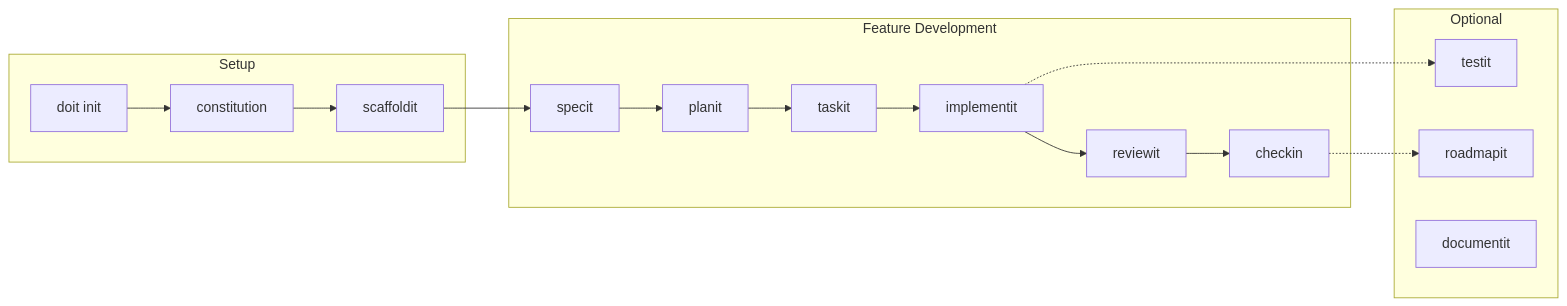
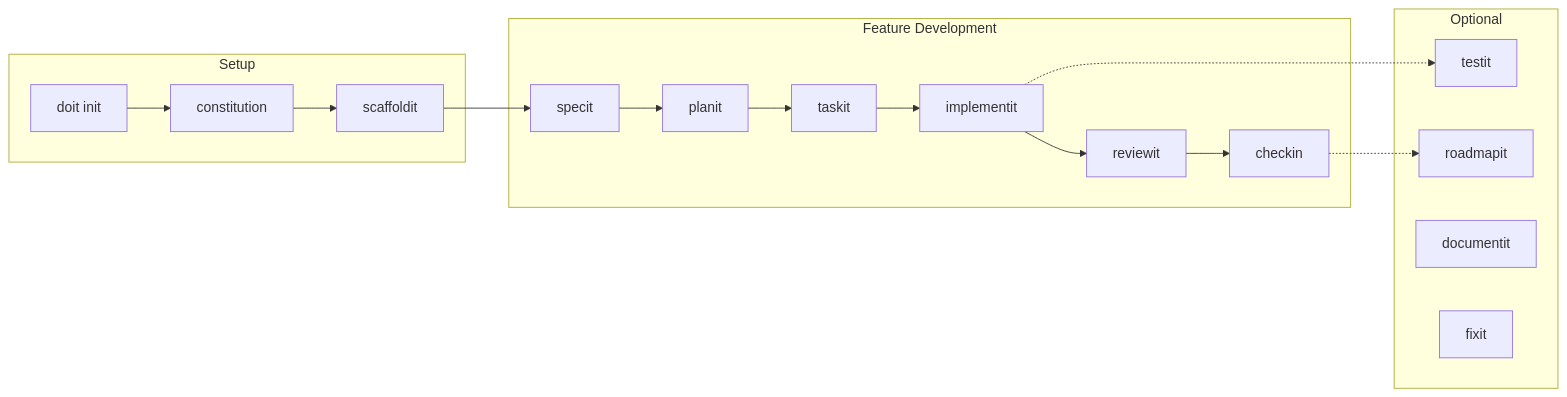
One commit to seanbarlow/doit changed the diagram in docs/tutorials/index.md. Above: the diagram before and after it, drawn with Mermaid. The commit also changed other lines of this file and 3 other files, not shown here.

````diff
--- a/docs/tutorials/index.md
+++ b/docs/tutorials/index.md
@@ -56,25 +57,26 @@
 ```mermaid
 flowchart LR
     subgraph "Setup"
         A["doit init"] --> B["constitution"]
         B --> C["scaffoldit"]
     end
 
     subgraph "Feature Development"
         D["specit"] --> E["planit"]
         E --> F["taskit"]
         F --> G["implementit"]
         G --> H["reviewit"]
         H --> I["checkin"]
     end
 
     subgraph "Optional"
         J["testit"]
         K["roadmapit"]
         L["documentit"]
+        M["fixit"]
     end
 
     C --> D
     G -.-> J
     I -.-> K
 ```
````
